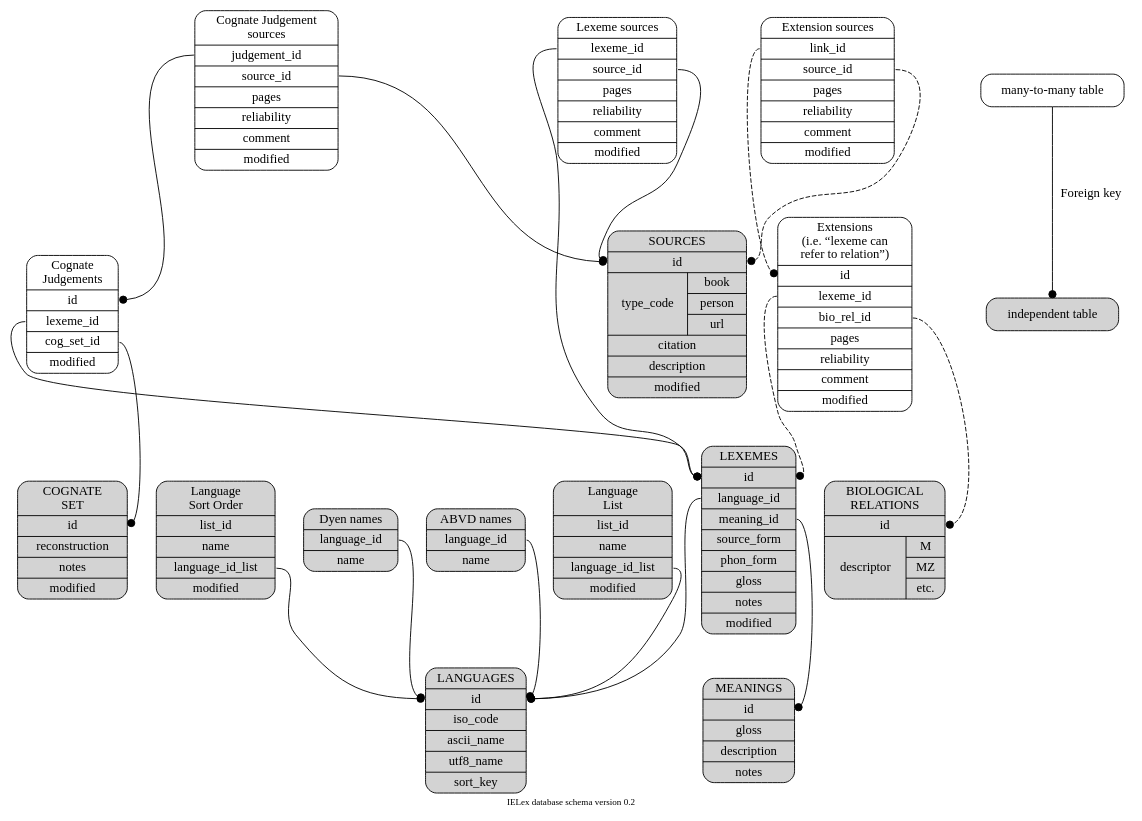
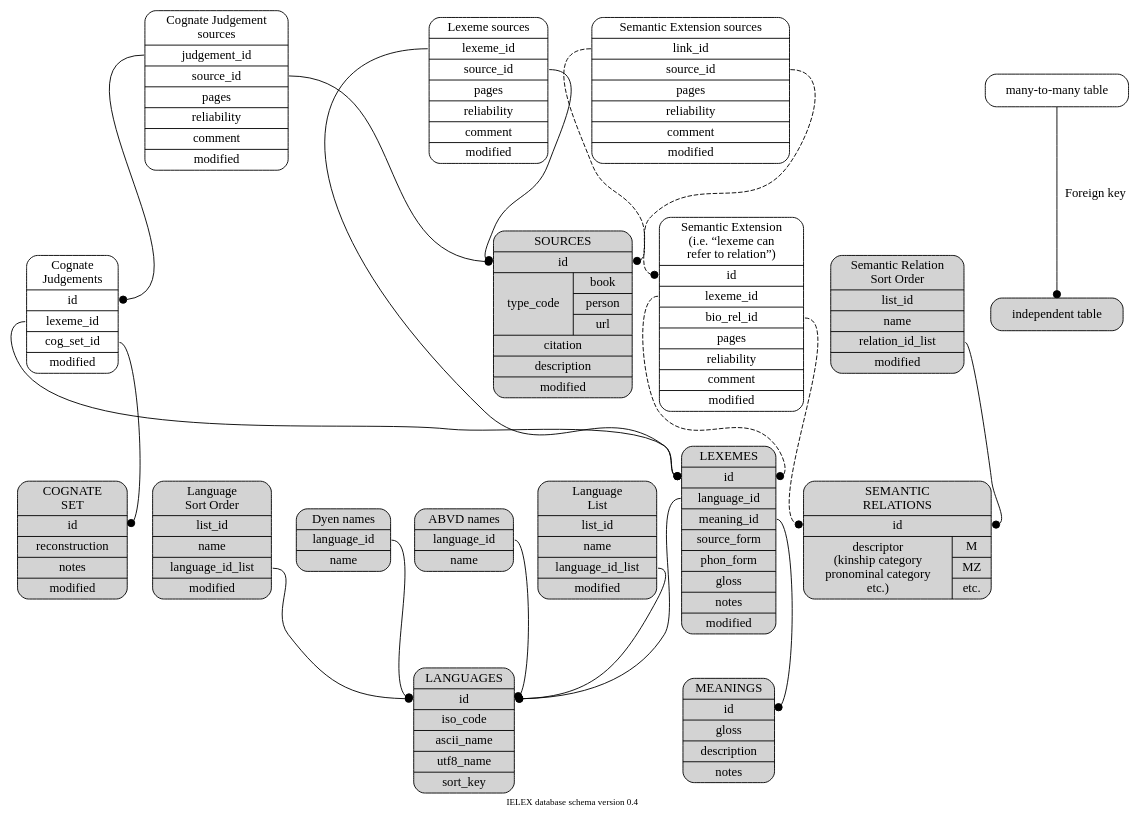
Before and after one commit to lingdb/CoBL-public: the diagram in dev/database_structure.dot, drawn with Graphviz. The commit also changed 1 other file, not shown here.

Commit message:
revised database structure plan to handle semantic extensions

```diff
--- a/dev/database_structure.dot
+++ b/dev/database_structure.dot
@@ -1,82 +1,85 @@
 digraph g { // neato -Tpdf -O database_structure.dot
   ordering=out;
   fontsize=10;
   overlap=scale;
   splines=true;
   sep=0.2;
   ratio=0.7;
-  label="IELex database schema version 0.2";
+  label="IELEX database schema version 0.4";
   node [shape=Mrecord];
   edge [arrowhead=dot];
 
   lexeme [pos="2,3!",style=filled,
 	label="{LEXEMES |<id> id |<lid> language_id |<mid> meaning_id | source_form | phon_form | gloss | notes | modified }"];
   source [pos="7,3!",style=filled,
 	label="{SOURCES |<id> id |{type_code |{book | person | url}}|  citation | description | modified }"];
   meaning [pos="1,2!",style=filled,
 	label="{MEANINGS |<id> id | gloss | description |notes }"];
   language [pos="1,4!",style=filled,
 	label="{LANGUAGES |<id> id | iso_code | ascii_name | utf8_name | sort_key }"];
   cogset [pos="4,4!",style=filled,
 	label="{COGNATE\nSET |<id> id | reconstruction | notes | modified }"];
-  biological [pos="4,1!",style=filled,
-	label="{BIOLOGICAL\nRELATIONS | <id> id |{descriptor |{M | MZ | etc.}}}"];
+  relation [pos="4,1!",style=filled,
+	label="{SEMANTIC\nRELATIONS | <id> id |{descriptor\n(kinship category\npronominal category\netc.) |{M | MZ | etc.}}}"];
   dyen_name [pos="0,5!",style=filled,
 	label="{Dyen names |<lid> language_id | name}"];
   abvd_name [pos="0,4!",style=filled,
 	label="{ABVD names |<lid> language_id | name}"];
   language_list [pos="0,3!", style=filled,
 	label="{Language\nList | list_id | name |<lid> language_id_list | modified }"];
   sort_order [pos="0,2!", style=filled,
 	label="{Language\nSort Order | list_id | name |<lid> language_id_list | modified }"];
   key1 [pos="0,1!", label="independent table", style=filled];
   key2 [pos="2,1!", label="many-to-many table"];
   key2 -> key1 [label="Foreign key"];
 
   // Many to many tables
   judgement [pos="3,4.5!",
 	label="{Cognate\nJudgements |<id> id |<fid> lexeme_id |<cid> cog_set_id | modified }"];
   formsource [pos="5,3!",
 	label="{Lexeme sources |<fid> lexeme_id |<sid> source_id | pages | reliability | comment | modified }"];
   judgesource [pos="5,5!",
 	label="{Cognate Judgement\nsources |<jid> judgement_id |<sid> source_id | pages | reliability | comment | modified }"];
   // cogsource [pos="5,4!",
   //	label="{Reconstruction\n sources |<cid> cog_set_id |<sid> source_id}"];
-  formbio [pos="3,2!",
-	label="{Extensions\n(i.e. “lexeme can\n  refer to relation”) |<id> id |<fid> lexeme_id |<bid> bio_rel_id | pages | reliability | comment | modified }"];
-  biosource [pos="5,2!",
-	label="{Extension sources |<lid> link_id |<sid> source_id | pages | reliability | comment | modified }"];
+  semantic_extension [pos="3,2!",
+	label="{Semantic Extension\n(i.e. “lexeme can\n  refer to relation”) |<id> id |<fid> lexeme_id |<bid> bio_rel_id | pages | reliability | comment | modified }"];
+  extension_source [pos="5,2!",
+	label="{Semantic Extension sources |<lid> link_id |<sid> source_id | pages | reliability | comment | modified }"];
+  relation_sort_order [pos="5.5,1!", style=filled,
+	label="{Semantic Relation\nSort Order | list_id | name |<rid> relation_id_list | modified }"];
 
   // meaning [pos="1,1!"];	
   // language [pos="1,2!"];
   // lexeme [pos="2,1.5!"];
   // formsource [pos="4,1!"];
   // judgesource [pos="4.5,2.5!"];
   // cogsource [pos="5,1.5!"];
   // source [pos="6,1.5!"];
   // cogset [pos="4,1.5!"];
   // judgement [pos="3,2!"];
-  // biological [pos="4,0!"];
-  // formbio [pos="3,0.5!"];
+  // relation [pos="4,0!"];
+  // semantic_extension [pos="3,0.5!"];
 
   judgement:fid -> lexeme:id [weight=8]; 
   judgement:cid -> cogset:id [weight=8];
   formsource:fid -> lexeme:id;
   formsource:sid -> source:id;
   judgesource:jid -> judgement:id;
   judgesource:sid -> source:id;
   // cogsource:cid -> cogset:id;
   // cogsource:sid -> source:id;
   lexeme:lid -> language:id;
   lexeme:mid -> meaning:id;
 
-  formbio:fid -> lexeme:id [style=dashed];
-  formbio:bid -> biological:id [style=dashed];
-  biosource:lid -> formbio:id [style=dashed];
-  biosource:sid -> source:id [style=dashed];
+  semantic_extension:fid -> lexeme:id [style=dashed];
+  semantic_extension:bid -> relation:id [style=dashed];
+  extension_source:lid -> semantic_extension:id [style=dashed];
+  extension_source:sid -> source:id [style=dashed];
 
   dyen_name:lid -> language:id;
   abvd_name:lid -> language:id;
   language_list:lid -> language:id;
   sort_order:lid -> language:id;
+  relation_sort_order:rid -> relation:id
 }
```
